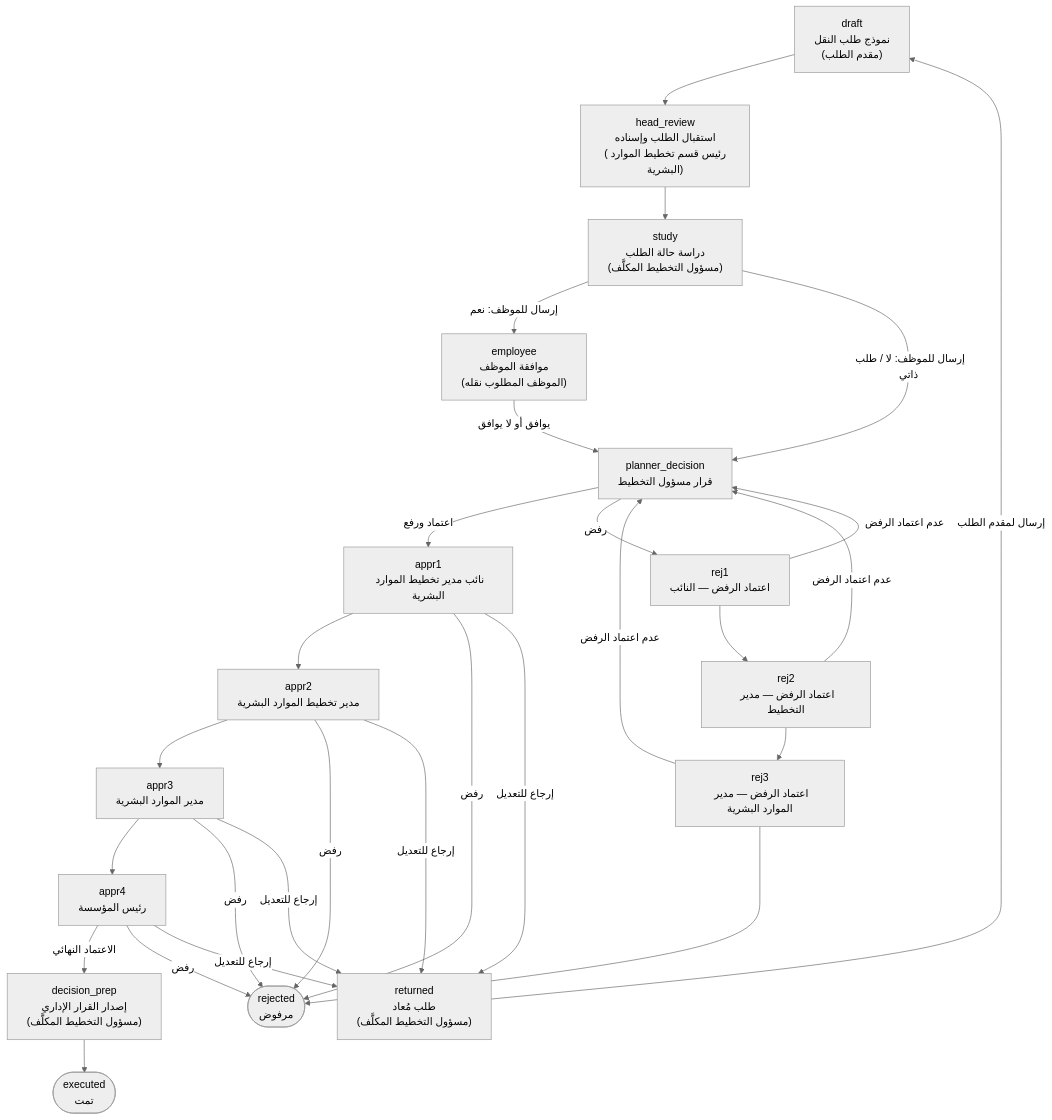
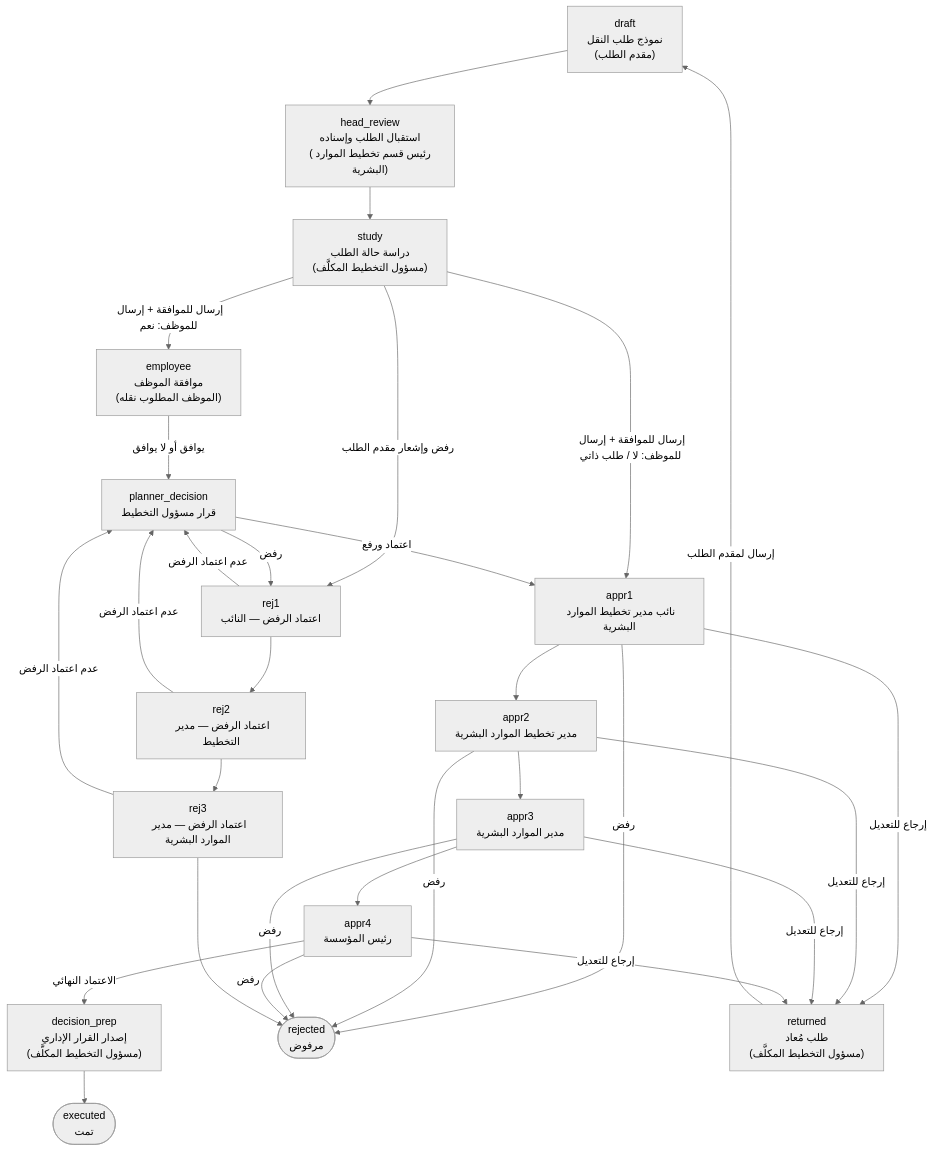
One commit to mariiamahmed11/sio_staff_transfer changed the diagram in docs/workflow.md. Above: the diagram before and after it, drawn with Mermaid (neutral theme). The commit also changed other lines of this file and 10 other files, not shown here.

````diff
--- a/docs/workflow.md
+++ b/docs/workflow.md
@@ -7,22 +7,23 @@
 ```mermaid
 flowchart TD
     draft["draft<br/>نموذج طلب النقل<br/>(مقدم الطلب)"] --> head_review["head_review<br/>استقبال الطلب وإسناده<br/>(رئيس قسم تخطيط الموارد البشرية)"]
     head_review --> study["study<br/>دراسة حالة الطلب<br/>(مسؤول التخطيط المكلَّف)"]
-    study -- "إرسال للموظف: نعم" --> employee["employee<br/>موافقة الموظف<br/>(الموظف المطلوب نقله)"]
-    study -- "إرسال للموظف: لا / طلب ذاتي" --> planner_decision["planner_decision<br/>قرار مسؤول التخطيط"]
-    employee -- "يوافق أو لا يوافق" --> planner_decision
+    study -- "إرسال للموافقة + إرسال للموظف: نعم" --> employee["employee<br/>موافقة الموظف<br/>(الموظف المطلوب نقله)"]
+    study -- "إرسال للموافقة + إرسال للموظف: لا / طلب ذاتي" --> appr1
+    study -- "رفض وإشعار مقدم الطلب" --> rej1
+    employee -- "يوافق أو لا يوافق" --> planner_decision["planner_decision<br/>قرار مسؤول التخطيط"]
     planner_decision -- "اعتماد ورفع" --> appr1["appr1<br/>نائب مدير تخطيط الموارد البشرية"]
     appr1 --> appr2["appr2<br/>مدير تخطيط الموارد البشرية"]
     appr2 --> appr3["appr3<br/>مدير الموارد البشرية"]
     appr3 --> appr4["appr4<br/>رئيس المؤسسة"]
     appr4 -- "الاعتماد النهائي" --> decision_prep["decision_prep<br/>إصدار القرار الإداري<br/>(مسؤول التخطيط المكلَّف)"]
     decision_prep --> executed(["executed<br/>تمت"])
     appr1 & appr2 & appr3 & appr4 -- "رفض" --> rejected(["rejected<br/>مرفوض"])
     appr1 & appr2 & appr3 & appr4 -- "إرجاع للتعديل" --> returned["returned<br/>طلب مُعاد<br/>(مسؤول التخطيط المكلَّف)"]
     returned -- "إرسال لمقدم الطلب" --> draft
     planner_decision -- "رفض" --> rej1["rej1<br/>اعتماد الرفض — النائب"]
     rej1 --> rej2["rej2<br/>اعتماد الرفض — مدير التخطيط"]
     rej2 --> rej3["rej3<br/>اعتماد الرفض — مدير الموارد البشرية"]
     rej3 --> rejected
     rej1 & rej2 & rej3 -- "عدم اعتماد الرفض" --> planner_decision
 ```
````
